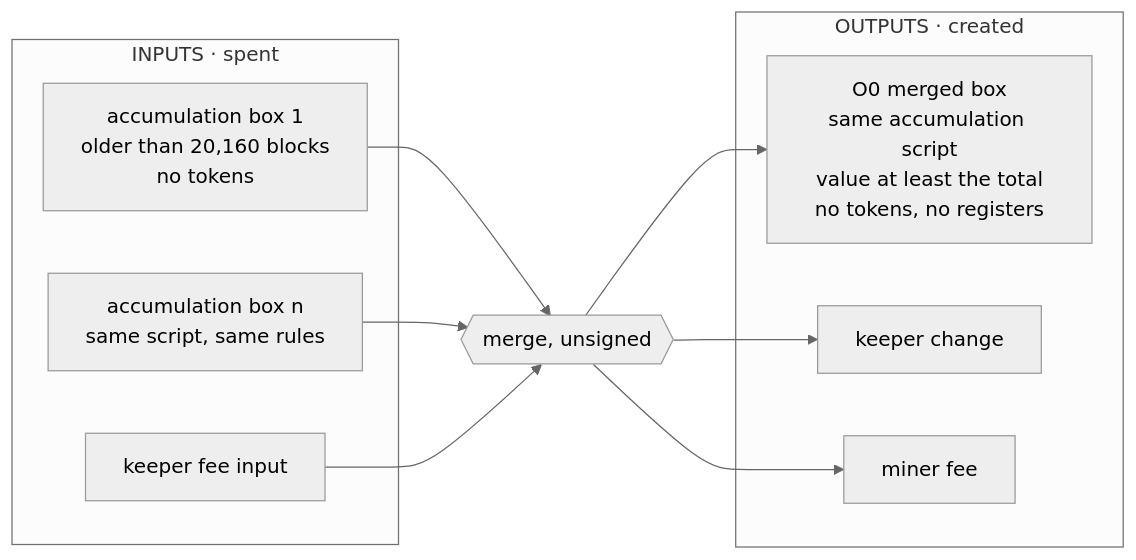
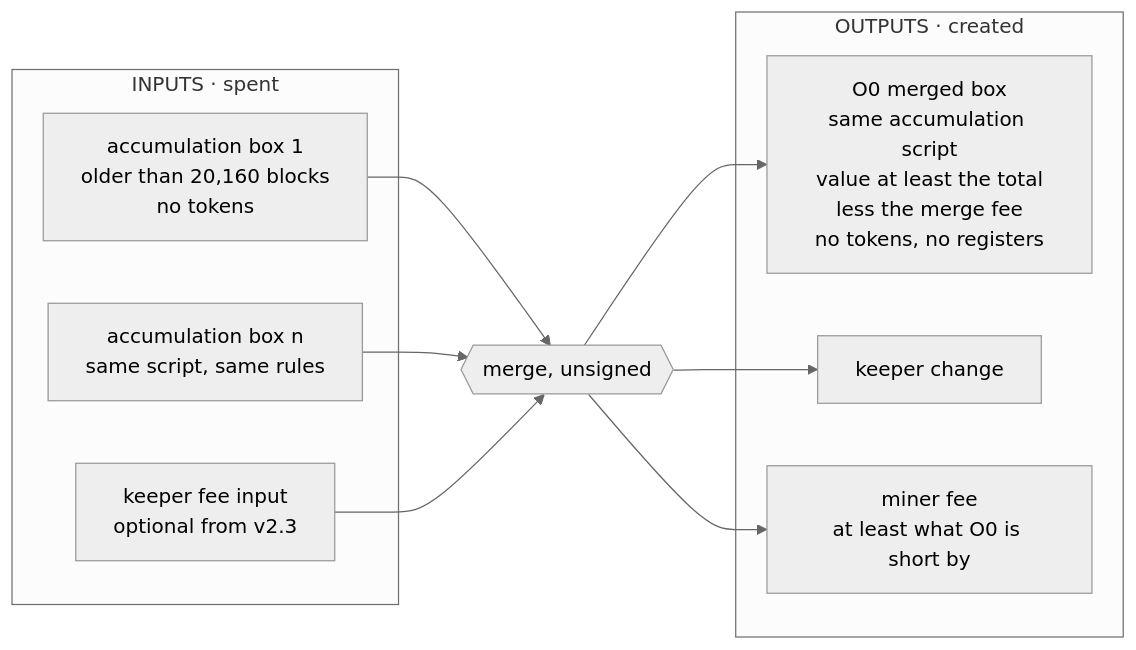
The fourth of 12 diagrams in docs/launch-contracts.md (YOLO-Sigmachain/yolo-contracts), drawn with Mermaid (neutral theme) before and after one commit. The commit also changed other lines of this file and 1 other file, not shown here.

Commit message:
Docs: accumulation v2.3 merge fee, keeper and forward notes, stored trees still v2.2

````diff
--- a/docs/launch-contracts.md
+++ b/docs/launch-contracts.md
@@ -104,21 +104,21 @@
 ```mermaid
 %% keeper merge · treasury_accumulation.es and lp_accumulation.es PATH 1 · taken from the contract, no builder
 flowchart LR
   subgraph IN["INPUTS · spent"]
     A1["accumulation box 1<br/>older than 20,160 blocks<br/>no tokens"]
     AN["accumulation box n<br/>same script, same rules"]
-    K["keeper fee input"]
+    K["keeper fee input<br/>optional from v2.3"]
   end
   TX{{"merge, unsigned"}}
   subgraph OUT["OUTPUTS · created"]
-    O["O0 merged box<br/>same accumulation script<br/>value at least the total<br/>no tokens, no registers"]
+    O["O0 merged box<br/>same accumulation script<br/>value at least the total<br/>less the merge fee<br/>no tokens, no registers"]
     C["keeper change"]
-    F["miner fee"]
+    F["miner fee<br/>at least what O0 is short by"]
   end
   A1 --> TX
   AN --> TX
   K --> TX
   TX --> O
   TX --> C
   TX --> F
 ```
````
